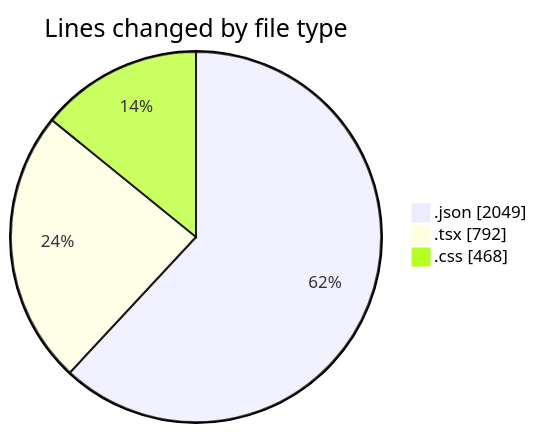
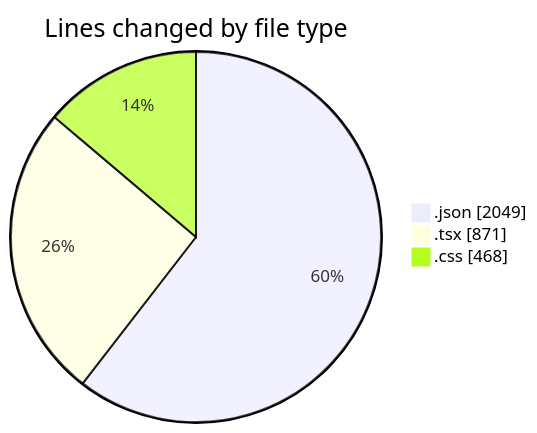
The first of 2 diagrams in 2025-08-14/ribbon/README.md (EIIisD/code-tracking), drawn with Mermaid before and after one commit. The commit also changed other lines of this file and 1 other file, not shown here.

````diff
--- a/2025-08-14/ribbon/README.md
+++ b/2025-08-14/ribbon/README.md
@@ -27,7 +27,7 @@
 ```mermaid
 pie showData
 title Lines changed by file type
 ".json" : 2049
-".tsx" : 792
+".tsx" : 871
 ".css" : 468
 ```
````
